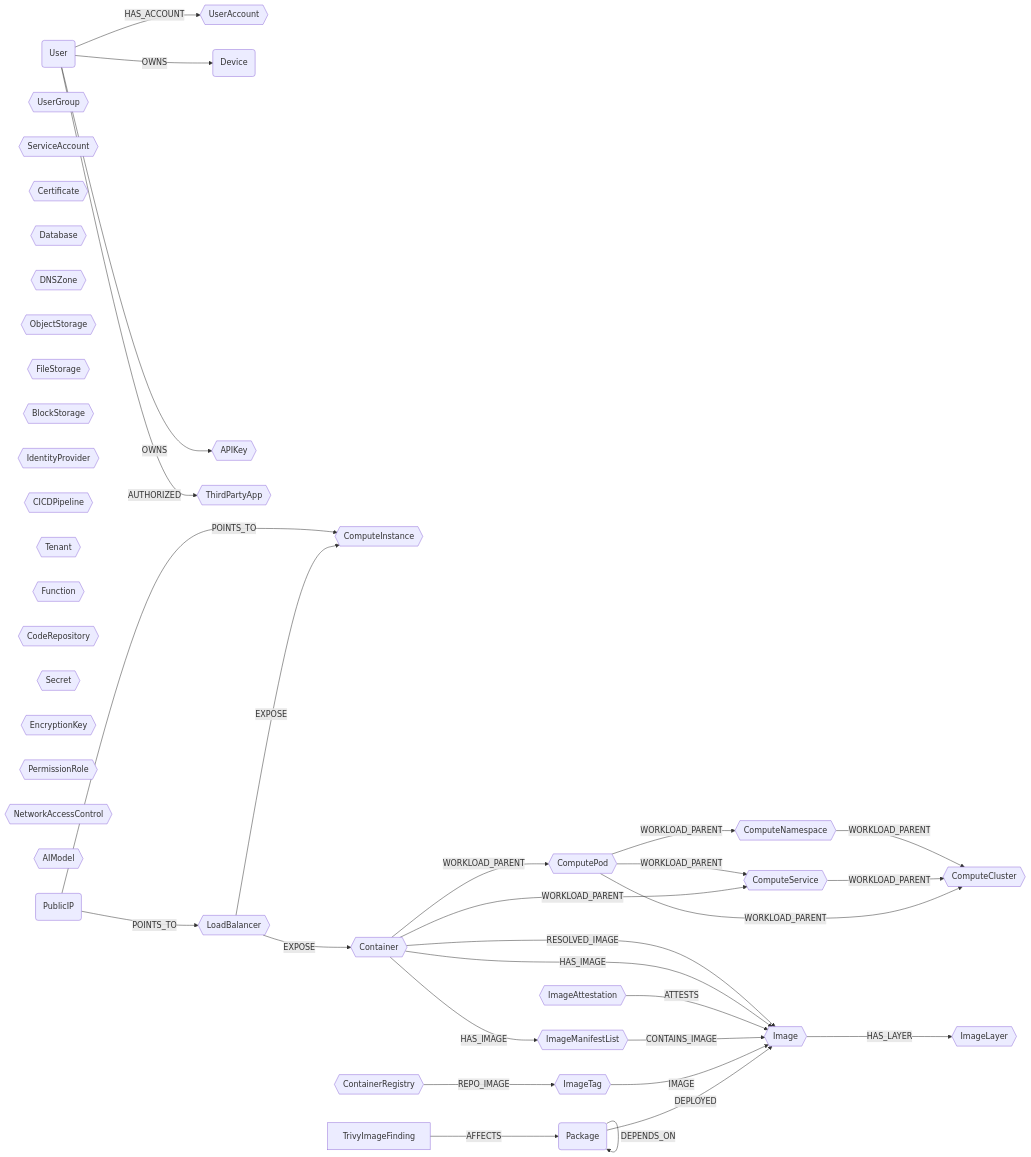
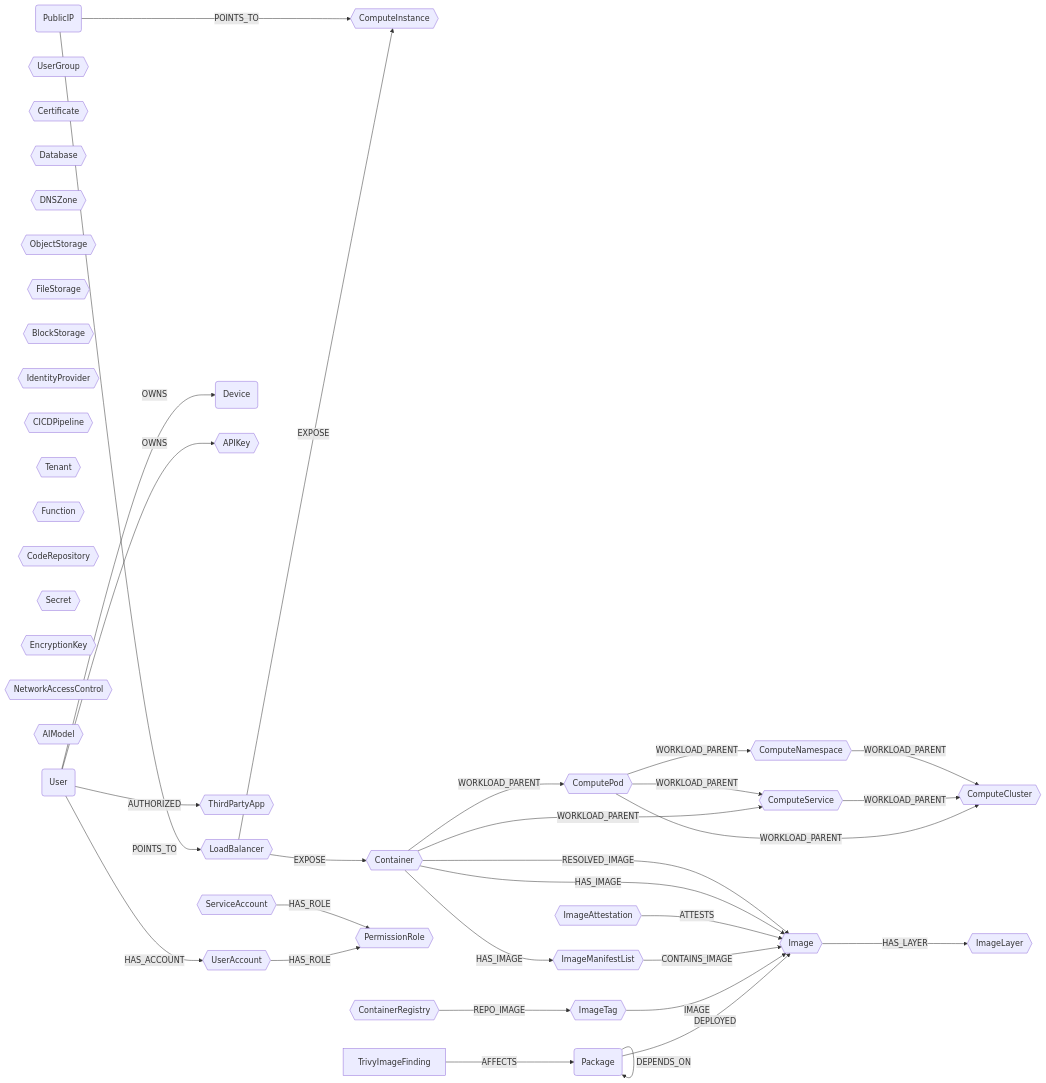
One commit to sec-js/cartography changed the diagram in docs/root/modules/ontology/schema.md. Above: the diagram before and after it, drawn with Mermaid. The commit also changed other lines of this file and 14 other files, not shown here.

````diff
--- a/docs/root/modules/ontology/schema.md
+++ b/docs/root/modules/ontology/schema.md
@@ -6,52 +6,54 @@
 ```mermaid
 graph LR
 
 U(User) -- HAS_ACCOUNT --> UA{{UserAccount}}
 U -- OWNS --> CC(Device)
 U -- OWNS --> AK{{APIKey}}
 U -- AUTHORIZED --> OA{{ThirdPartyApp}}
 UG{{UserGroup}}
 SA{{ServiceAccount}}
 CERT{{Certificate}}
 LB{{LoadBalancer}} -- EXPOSE --> CI{{ComputeInstance}}
 LB{{LoadBalancer}} -- EXPOSE --> CT{{Container}}
 CL{{ComputeCluster}}
 CS{{ComputeService}}
 CNS{{ComputeNamespace}}
 CP{{ComputePod}}
 CT -- WORKLOAD_PARENT --> CP
 CT -- WORKLOAD_PARENT --> CS
 CP -- WORKLOAD_PARENT --> CS
 CP -- WORKLOAD_PARENT --> CNS
 CP -- WORKLOAD_PARENT --> CL
 CS -- WORKLOAD_PARENT --> CL
 CNS -- WORKLOAD_PARENT --> CL
 DB{{Database}}
 DZ{{DNSZone}}
 OS{{ObjectStorage}}
 FS{{FileStorage}}
 BS{{BlockStorage}}
 IDP{{IdentityProvider}}
 CICD{{CICDPipeline}}
 TN{{Tenant}}
 FN{{Function}}
 REPO{{CodeRepository}}
 SC{{Secret}}
 EK{{EncryptionKey}}
 PR{{PermissionRole}}
+UA -- HAS_ROLE --> PR
+SA -- HAS_ROLE --> PR
 NAC{{NetworkAccessControl}}
 AIM{{AIModel}}
 PIP(PublicIP) -- POINTS_TO --> LB
 PIP -- POINTS_TO --> CI
 PKG(Package) -- DEPLOYED --> IM{{Image}}
 PKG -- DEPENDS_ON --> PKG
 F[TrivyImageFinding] -- AFFECTS --> PKG
 CR{{ContainerRegistry}} -- REPO_IMAGE --> IT{{ImageTag}}
 IT -- IMAGE --> IM
 IML{{ImageManifestList}} -- CONTAINS_IMAGE --> IM
 IA{{ImageAttestation}} -- ATTESTS --> IM
 IM -- HAS_LAYER --> IL{{ImageLayer}}
 CT -- HAS_IMAGE --> IM
 CT -- HAS_IMAGE --> IML
 CT -- RESOLVED_IMAGE --> IM
 ```
````
